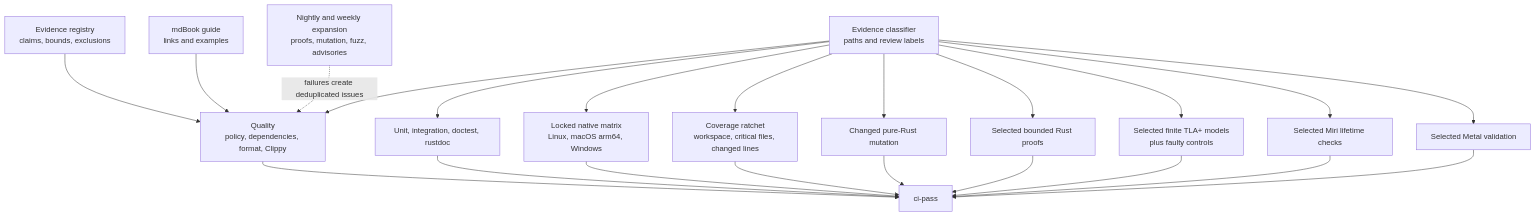
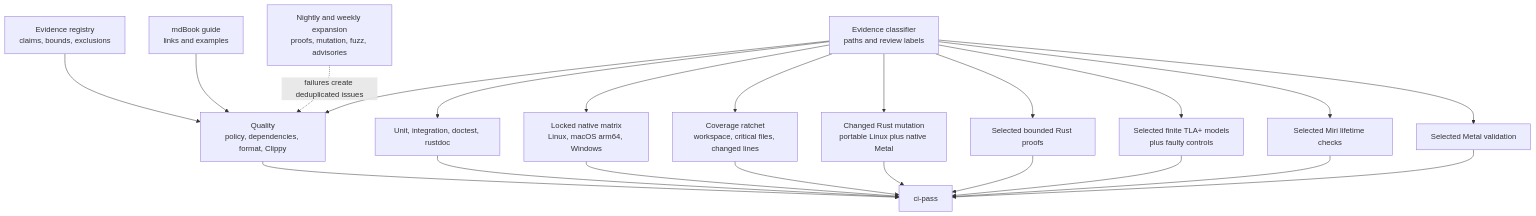
One commit to dbuddha/alpine-gpui changed the seventh of 7 diagrams in ARCHITECTURE.md. Above: the diagram before and after it, drawn with Mermaid. The commit also changed other lines of this file and 25 other files, not shown here.

````diff
--- a/ARCHITECTURE.md
+++ b/ARCHITECTURE.md
@@ -244,39 +281,39 @@
 ```mermaid
 flowchart TB
     classify["Evidence classifier<br/>paths and review labels"]
     policy["Quality<br/>policy, dependencies, format, Clippy"]
     unit["Unit, integration, doctest, rustdoc"]
     native["Locked native matrix<br/>Linux, macOS arm64, Windows"]
     coverage["Coverage ratchet<br/>workspace, critical files, changed lines"]
-    mutation["Changed pure-Rust mutation"]
+    mutation["Changed Rust mutation<br/>portable Linux plus native Metal"]
     kani["Selected bounded Rust proofs"]
     tla["Selected finite TLA+ models<br/>plus faulty controls"]
     registry["Evidence registry<br/>claims, bounds, exclusions"]
     guide["mdBook guide<br/>links and examples"]
     miri["Selected Miri lifetime checks"]
     metal["Selected Metal validation"]
     aggregate["ci-pass"]
     scheduled["Nightly and weekly expansion<br/>proofs, mutation, fuzz, advisories"]
 
     classify --> policy
     classify --> unit
     classify --> native
     classify --> coverage
     classify --> mutation
     classify --> kani
     classify --> tla
     classify --> miri
     classify --> metal
     policy --> aggregate
     unit --> aggregate
     native --> aggregate
     coverage --> aggregate
     mutation --> aggregate
     kani --> aggregate
     miri --> aggregate
     metal --> aggregate
     registry --> policy
     guide --> policy
     tla --> aggregate
     scheduled -. "failures create deduplicated issues" .-> policy
 ```
````
